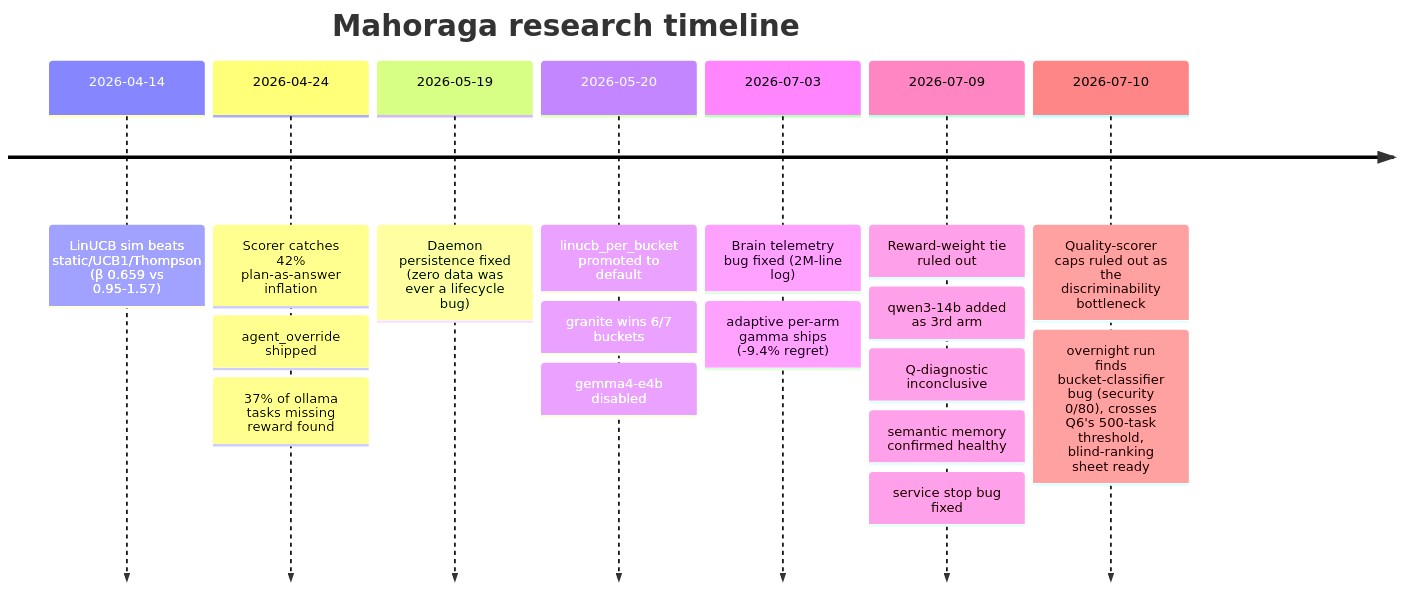
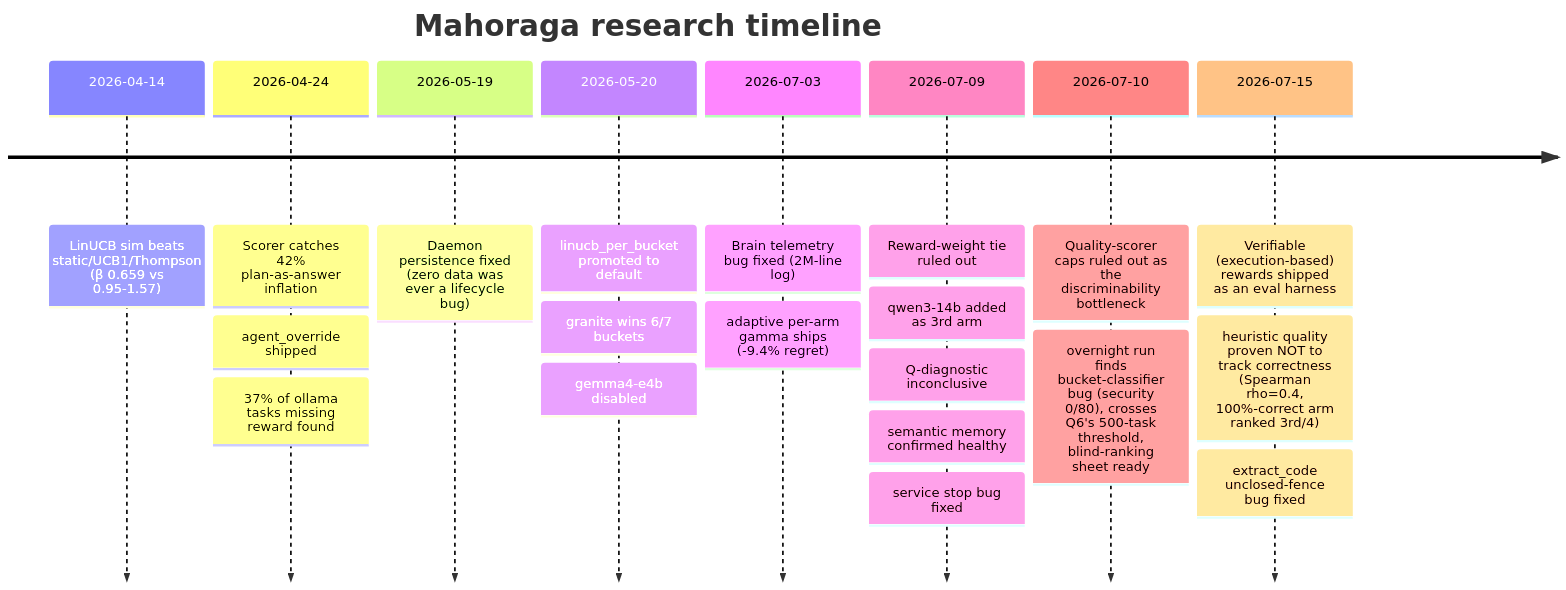
One commit to pockanoodles/Mahoraga changed the diagram in brain/state/findings.md. Above: the diagram before and after it, drawn with Mermaid. The commit also changed other lines of this file and 2 other files, not shown here.

First line of the commit message:
docs(brain): Era 9 — verifiable rewards; heuristic doesn't track correctness

````diff
--- a/brain/state/findings.md
+++ b/brain/state/findings.md
@@ -9,11 +9,12 @@
 ```mermaid
 timeline
     title Mahoraga research timeline
     2026-04-14 : LinUCB sim beats static/UCB1/Thompson (β 0.659 vs 0.95-1.57)
     2026-04-24 : Scorer catches 42% plan-as-answer inflation : agent_override shipped : 37% of ollama tasks missing reward found
     2026-05-19 : Daemon persistence fixed (zero data was ever a lifecycle bug)
     2026-05-20 : linucb_per_bucket promoted to default : granite wins 6/7 buckets : gemma4-e4b disabled
     2026-07-03 : Brain telemetry bug fixed (2M-line log) : adaptive per-arm gamma ships (-9.4% regret)
     2026-07-09 : Reward-weight tie ruled out : qwen3-14b added as 3rd arm : Q-diagnostic inconclusive : semantic memory confirmed healthy : service stop bug fixed
     2026-07-10 : Quality-scorer caps ruled out as the discriminability bottleneck : overnight run finds bucket-classifier bug (security 0/80), crosses Q6's 500-task threshold, blind-ranking sheet ready
+    2026-07-15 : Verifiable (execution-based) rewards shipped as an eval harness : heuristic quality proven NOT to track correctness (Spearman rho=0.4, 100%-correct arm ranked 3rd/4) : extract_code unclosed-fence bug fixed
 ```
````
